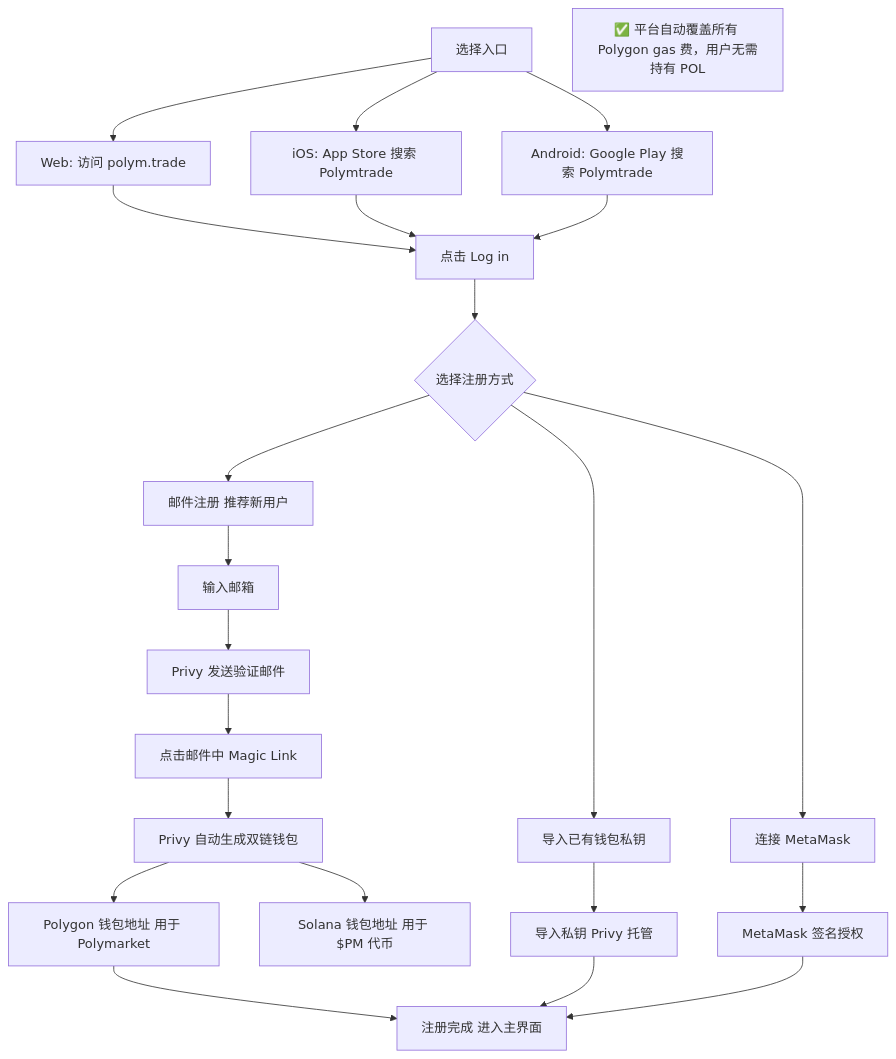
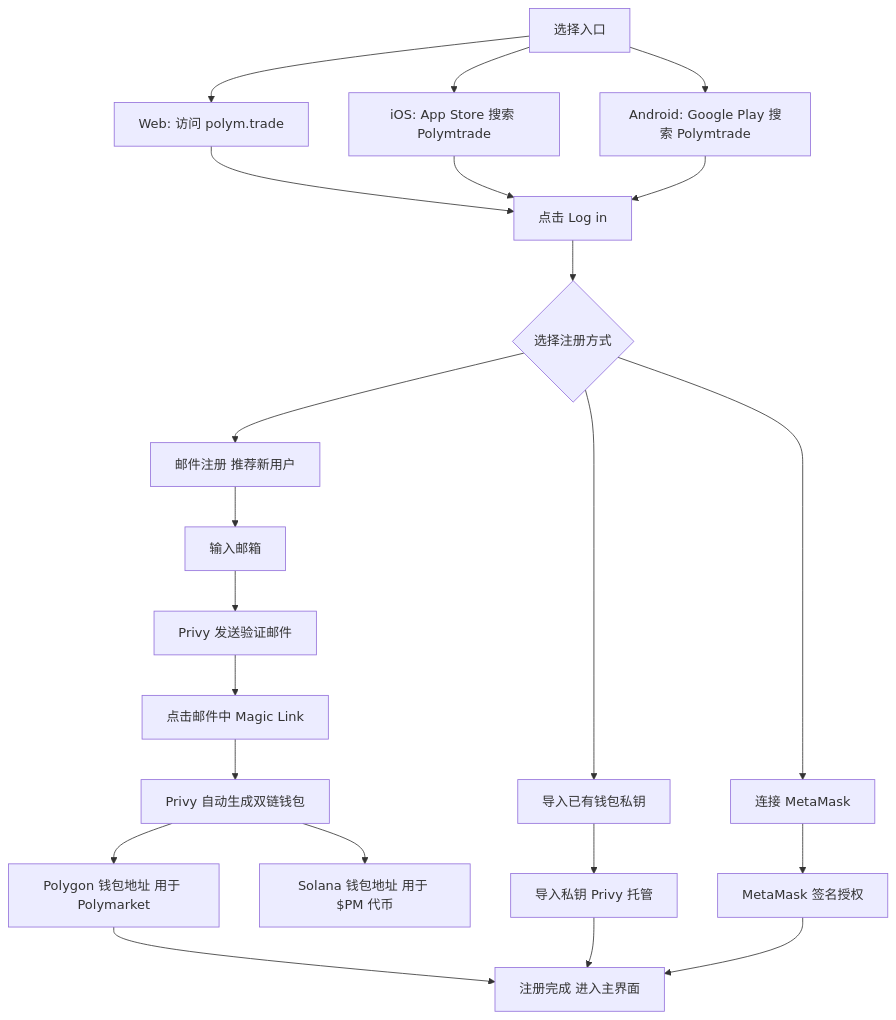
One commit to survivorff/polymarket_research changed the first of 14 diagrams in research/03_polymtrade/analysis.md. Above: the diagram before and after it, drawn with Mermaid. The commit also changed other lines of this file and 11 other files, not shown here.

First line of the commit message:
修复所有 Mermaid 语法错误，确保流程图可正常渲染

````diff
--- a/research/03_polymtrade/analysis.md
+++ b/research/03_polymtrade/analysis.md
@@ -43,25 +43,25 @@
 ```mermaid
 flowchart TD
     A[选择入口] --> B1[Web: 访问 polym.trade]
     A --> B2[iOS: App Store 搜索 Polymtrade]
     A --> B3[Android: Google Play 搜索 Polymtrade]
     B1 --> C[点击 Log in]
     B2 --> C
     B3 --> C
     C --> D{选择注册方式}
     D --> D1[邮件注册 推荐新用户]
     D --> D2[导入已有钱包私钥]
     D --> D3[连接 MetaMask]
     D1 --> E1[输入邮箱]
     E1 --> E2[Privy 发送验证邮件]
     E2 --> E3[点击邮件中 Magic Link]
     E3 --> F[Privy 自动生成双链钱包]
     F --> F1[Polygon 钱包地址 用于 Polymarket]
     F --> F2[Solana 钱包地址 用于 $PM 代币]
     D2 --> G[导入私钥 Privy 托管]
     D3 --> H[MetaMask 签名授权]
     F1 --> I[注册完成 进入主界面]
     G --> I
     H --> I
-    note1[✅ 平台自动覆盖所有 Polygon gas 费，用户无需持有 POL]
+    %% 注: ✅ 平台自动覆盖所有 Polygon gas 费，用户无需持有 POL
 ```
````
